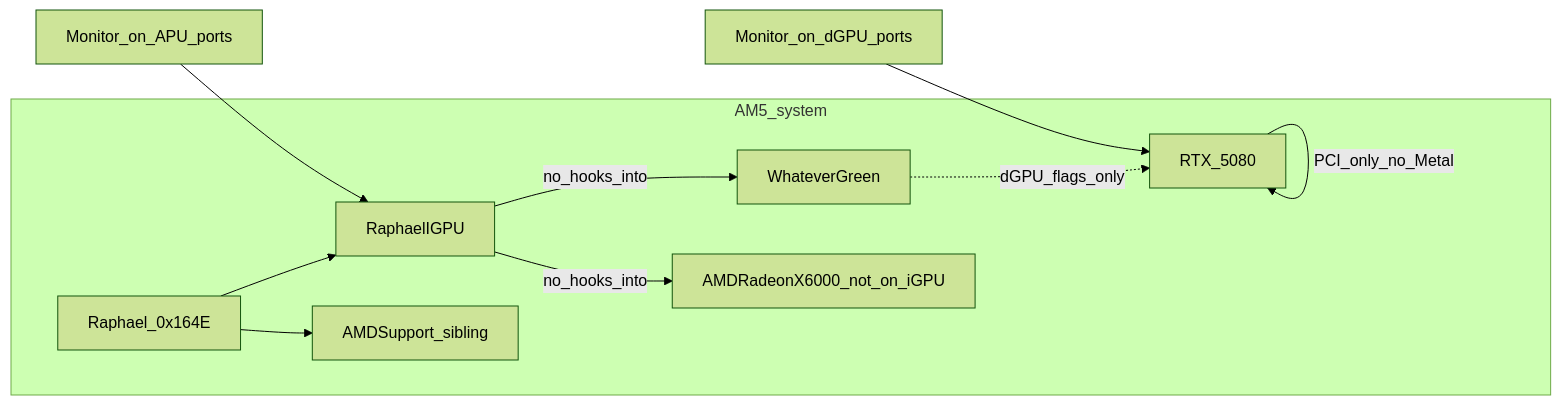
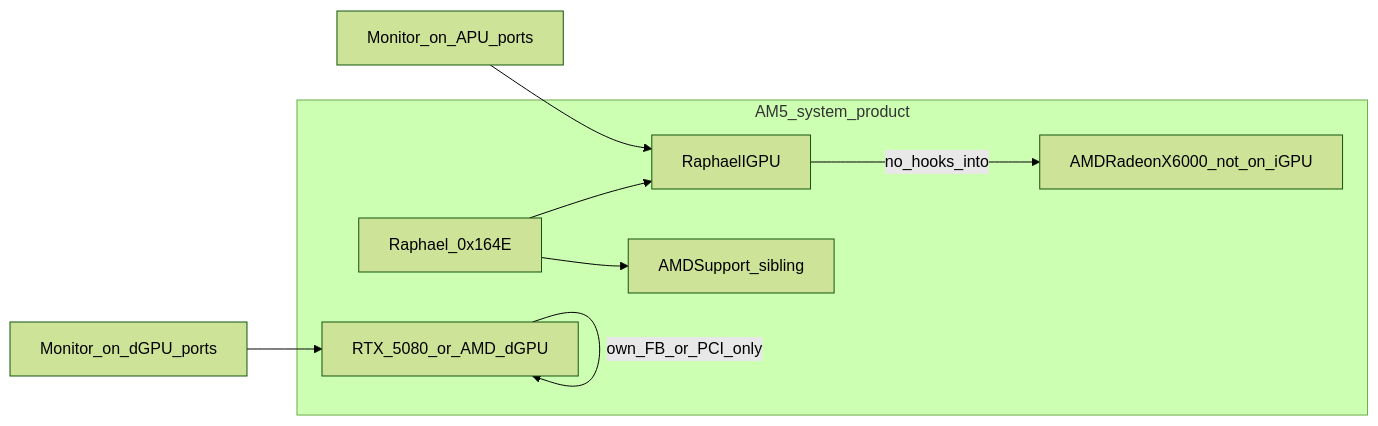
Before and after one commit to winkleplex10-bit/MetalGPUDrivers: the diagram in docs/CURSOR-START-AMD-RDNA2-IGPU.md, drawn with Mermaid (forest theme). The commit also changed other lines of this file and 24 other files, not shown here.

````diff
--- a/docs/CURSOR-START-AMD-RDNA2-IGPU.md
+++ b/docs/CURSOR-START-AMD-RDNA2-IGPU.md
@@ -143,19 +147,16 @@
 ```mermaid
 flowchart LR
-  subgraph system [AM5_system]
+  subgraph system [AM5_system_product]
     iGPU["Raphael_0x164E"]
-    dGPU["RTX_5080"]
-    WEG["WhateverGreen"]
+    dGPU["RTX_5080_or_AMD_dGPU"]
     OurKext["RaphaelIGPU"]
     AMDSupport["AMDSupport_sibling"]
     AppleAMD["AMDRadeonX6000_not_on_iGPU"]
   end
   iGPU --> OurKext
   iGPU --> AMDSupport
-  dGPU -->|"PCI_only_no_Metal"| dGPU
-  WEG -.->|"dGPU_flags_only"| dGPU
+  dGPU -->|"own_FB_or_PCI_only"| dGPU
   OurKext -->|"no_hooks_into"| AppleAMD
-  OurKext -->|"no_hooks_into"| WEG
   MonA["Monitor_on_APU_ports"] --> OurKext
   MonB["Monitor_on_dGPU_ports"] --> dGPU
 ```
````
